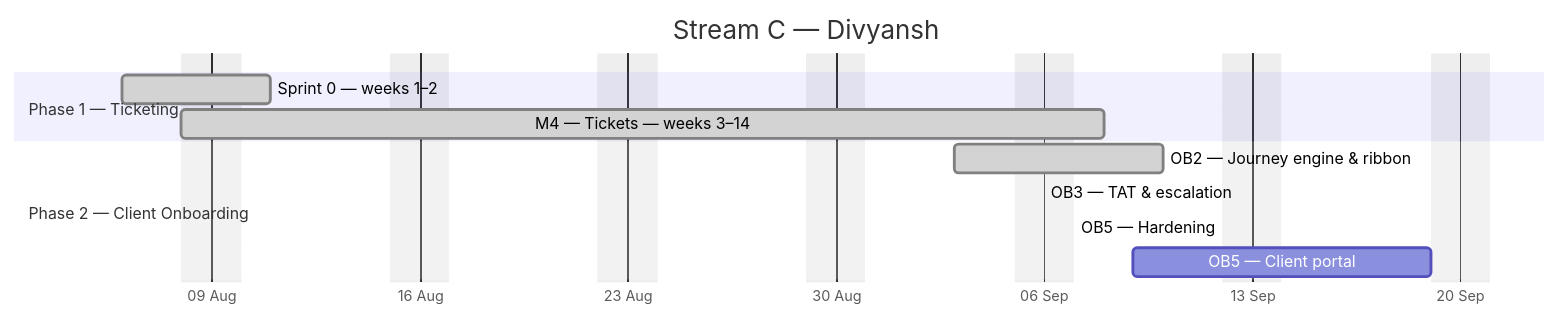
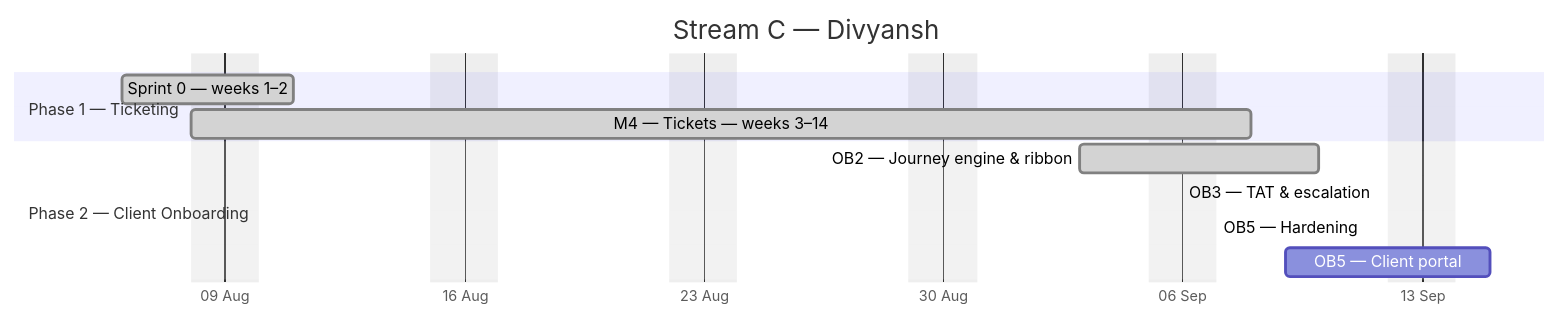
The third of 4 diagrams in docs/plan/GANTT.md (debashisedunext/EduTrack), drawn with Mermaid before and after one commit. The commit also changed other lines of this file and 3 other files, not shown here.

````diff
--- a/docs/plan/GANTT.md
+++ b/docs/plan/GANTT.md
@@ -158,15 +160,15 @@
 ```mermaid
 gantt
     dateFormat YYYY-MM-DD
     axisFormat %d %b
     title Stream C — Divyansh
     excludes weekends
     section Phase 1 — Ticketing
     Sprint 0 — weeks 1–2 :done, c0, 2026-08-06, 3d
     M4 — Tickets — weeks 3–14 :done, c1, 2026-08-08, 22d
     section Phase 2 — Client Onboarding
     OB2 — Journey engine & ribbon :done, c2, 2026-09-03, 5d
-    OB3 — TAT & escalation :done, c3, 2026-09-06, -6d
-    OB5 — Hardening :done, c4, 2026-09-07, -9d
-    OB5 — Client portal :c5, 2026-09-09, 8d
+    OB3 — TAT & escalation :done, c3, 2026-09-06, -3d
+    OB5 — Hardening :done, c4, 2026-09-07, -6d
+    OB5 — Client portal :c5, 2026-09-09, 4d
 ```
````
